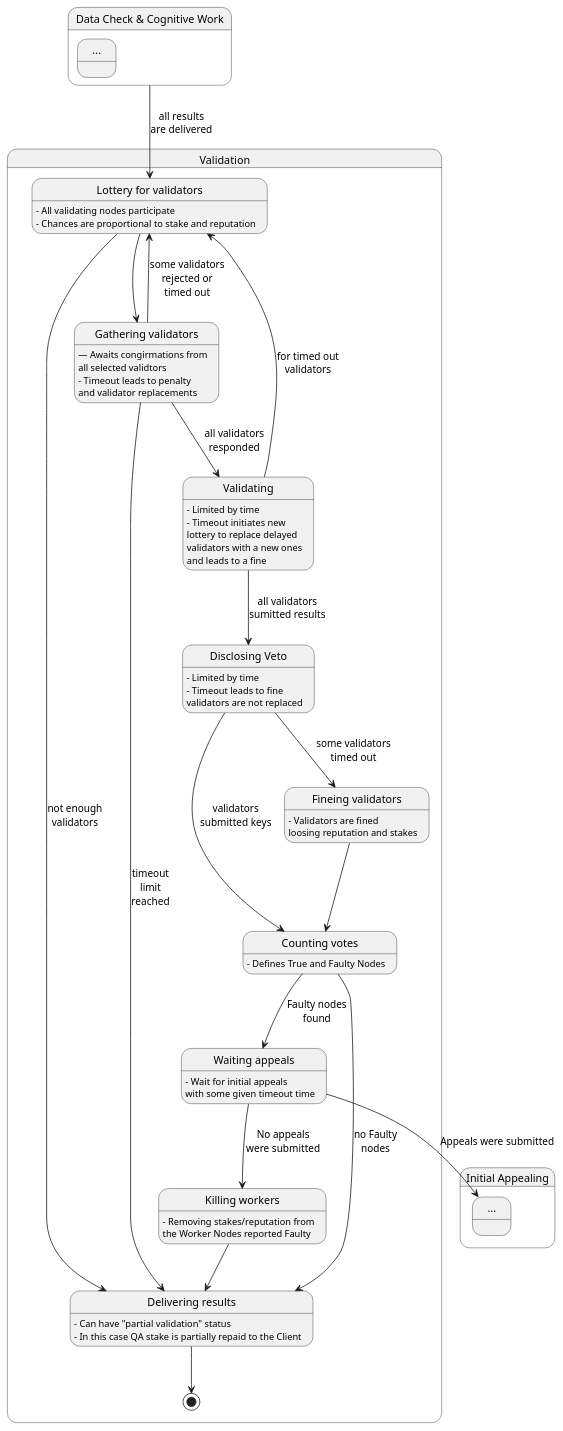
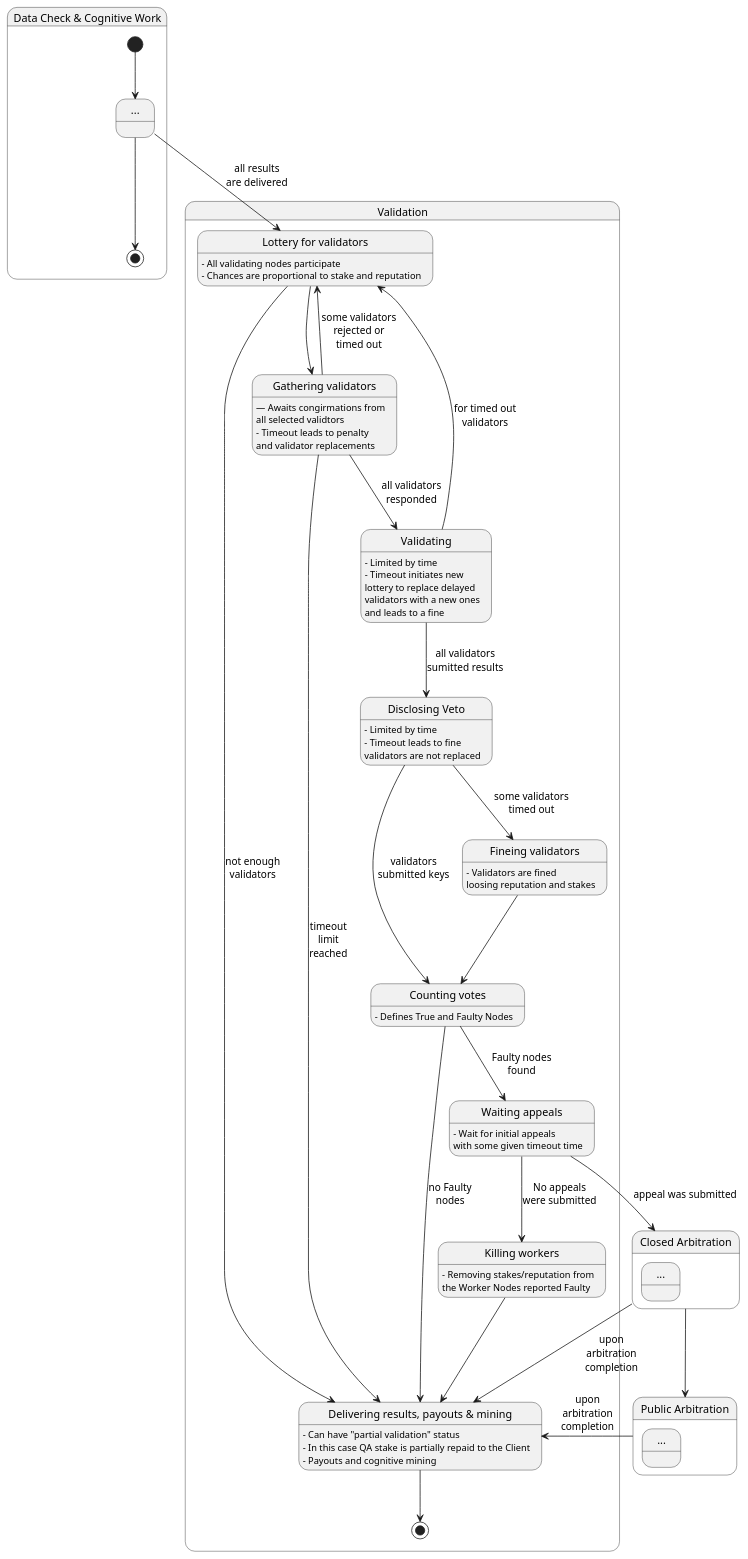
The diagram in state_validation.plantuml (pandoraboxchain/pocw-techspecs), drawn with PlantUML before and after one commit.

```diff
--- a/state_validation.plantuml
+++ b/state_validation.plantuml
@@ -1,72 +1,83 @@
 @startuml
 state "Data Check & Cognitive Work" as cognition {
   state "..." as prev
+
+  [*] --> prev
+  prev --> [*]
 }
 
 state "Validation" as validation {
   state "Lottery for validators" as lottery
   state "Gathering validators" as gathering
   state "Validating" as validating
   state "Disclosing Veto" as disclosing
   state "Counting votes" as counting
   state "Fineing validators" as fineing
   state "Waiting appeals" as waiting
   state "Killing workers" as killing
-  state "Delivering results" as delivering
+  state "Delivering results, payouts & mining" as delivering
 
   lottery: – All validating nodes participate
   lottery: – Chances are proportional to stake and reputation
 
   gathering: — Awaits congirmations from
   gathering:   all selected validtors
   gathering: – Timeout leads to penalty
   gathering:   and validator replacements
 
   delivering: – Can have "partial validation" status
   delivering: – In this case QA stake is partially repaid to the Client
+  delivering: – Payouts and cognitive mining
 
   validating: – Limited by time
   validating: – Timeout initiates new
   validating:   lottery to replace delayed
   validating:   validators with a new ones
   validating:   and leads to a fine
 
   disclosing: – Limited by time
   disclosing: – Timeout leads to fine
   disclosing:   validators are not replaced
 
   fineing: – Validators are fined
   fineing:   loosing reputation and stakes
 
   counting: – Defines True and Faulty Nodes
 
   waiting: – Wait for initial appeals
   waiting:   with some given timeout time
   
   killing: – Removing stakes/reputation from
   killing:   the Worker Nodes reported Faulty
 
-  cognition --> lottery: all results\nare delivered
+  prev --> lottery: all results\nare delivered
   lottery --> gathering
   lottery --> delivering: not enough\nvalidators
   gathering --> lottery: some validators\nrejected or\ntimed out
   gathering --> validating: all validators\nresponded
   gathering --> delivering: timeout\nlimit\nreached
   validating --> disclosing: all validators\nsumitted results
   validating --> lottery: for timed out\nvalidators
   disclosing --> counting: validators\nsubmitted keys
   disclosing --> fineing: some validators\ntimed out
   fineing --> counting
   counting --> delivering: no Faulty\nnodes
   counting --> waiting: Faulty nodes\nfound
   waiting --> killing: No appeals\nwere submitted
   killing --> delivering
   delivering --> [*]
 }
 
-state "Initial Appealing" as appealing {
-  state "..." as more
+state "Closed Arbitration" as closed {
+  state "..." as more1
 }
 
-waiting --> more: Appeals were submitted
+state "Public Arbitration" as public {
+  state "..." as more2
+}
+
+closed --> public
+waiting --> closed: appeal was submitted
+closed --> delivering: upon\narbitration\ncompletion
+public --> delivering: upon\narbitration\ncompletion
 @enduml
```
